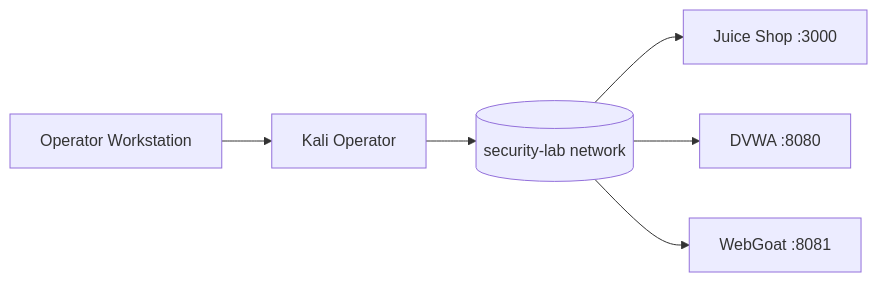
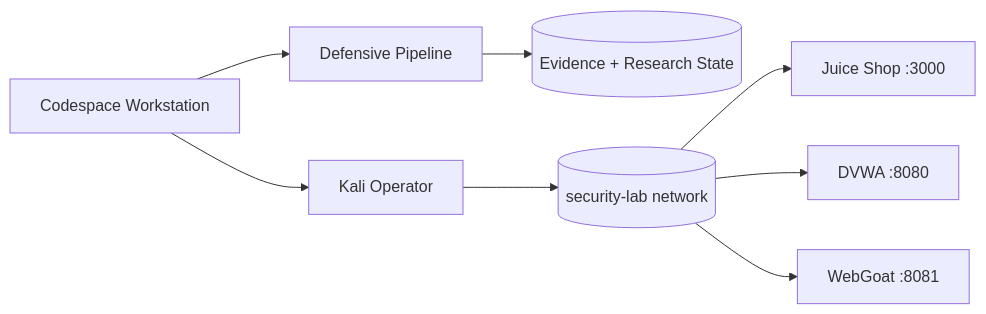
Before and after one commit to thewire1o1/Security-Lab: the diagram in README.md, drawn with Mermaid. The commit also changed other lines of this file, not shown here.

Commit message:
Document integrated defensive workflows

````diff
--- a/README.md
+++ b/README.md
@@ -30,8 +70,10 @@
 ```mermaid
 flowchart LR
-    O[Operator Workstation] --> B[Kali Operator]
-    B --> N[(security-lab network)]
+    W[Codespace Workstation] --> P[Defensive Pipeline]
+    W --> K[Kali Operator]
+    P --> R[(Evidence + Research State)]
+    K --> N[(security-lab network)]
     N --> J[Juice Shop :3000]
     N --> D[DVWA :8080]
-    N --> W[WebGoat :8081]
+    N --> G[WebGoat :8081]
 ```
````
